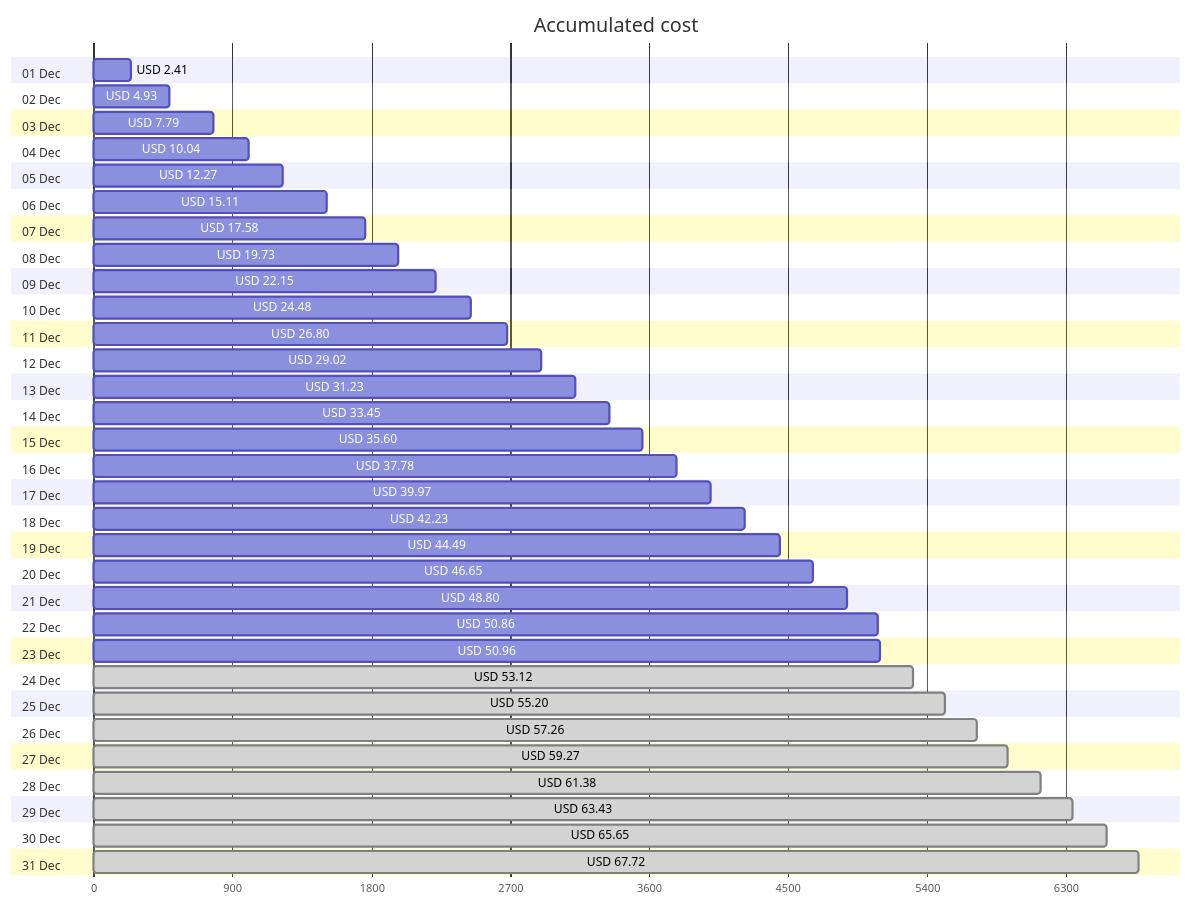
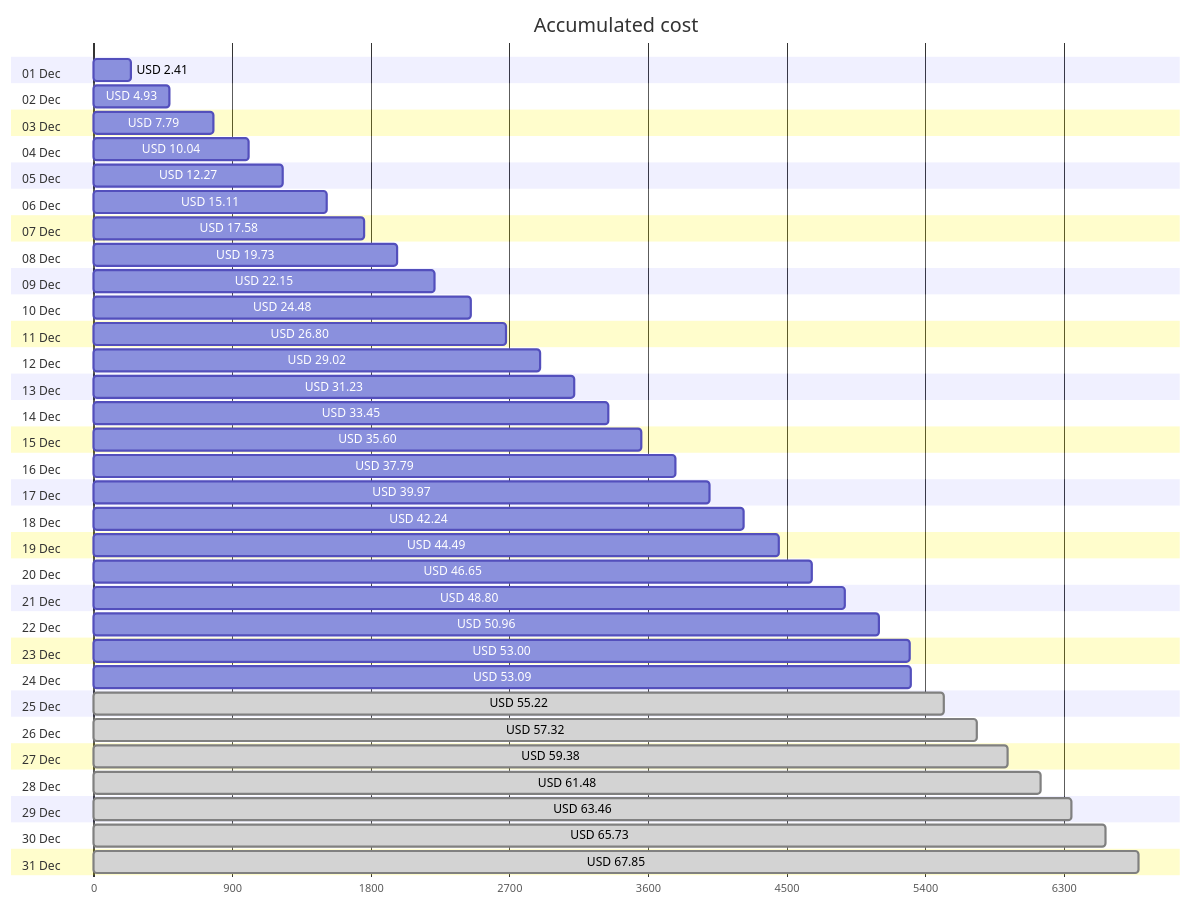
One commit to jpfulton/azure-personal-reports changed the first of 4 diagrams in cost-reports/accumulated-cost.md. Above: the diagram before and after it, drawn with Mermaid. The commit also changed other lines of this file and 4 other files, not shown here.

````diff
--- a/cost-reports/accumulated-cost.md
+++ b/cost-reports/accumulated-cost.md
@@ -20,68 +20,68 @@
 ```mermaid
 gantt
    title Accumulated cost
    dateFormat  X
    axisFormat %s
    section 01 Dec
    USD 2.41 :0, 241
    section 02 Dec
    USD 4.93 :0, 493
    section 03 Dec
    USD 7.79 :0, 779
    section 04 Dec
    USD 10.04 :0, 1004
    section 05 Dec
    USD 12.27 :0, 1227
    section 06 Dec
    USD 15.11 :0, 1511
    section 07 Dec
    USD 17.58 :0, 1758
    section 08 Dec
    USD 19.73 :0, 1973
    section 09 Dec
    USD 22.15 :0, 2215
    section 10 Dec
    USD 24.48 :0, 2448
    section 11 Dec
    USD 26.80 :0, 2680
    section 12 Dec
    USD 29.02 :0, 2902
    section 13 Dec
    USD 31.23 :0, 3123
    section 14 Dec
    USD 33.45 :0, 3345
    section 15 Dec
    USD 35.60 :0, 3560
    section 16 Dec
-   USD 37.78 :0, 3778
+   USD 37.79 :0, 3779
    section 17 Dec
    USD 39.97 :0, 3997
    section 18 Dec
-   USD 42.23 :0, 4223
+   USD 42.24 :0, 4224
    section 19 Dec
    USD 44.49 :0, 4449
    section 20 Dec
    USD 46.65 :0, 4665
    section 21 Dec
    USD 48.80 :0, 4880
    section 22 Dec
-   USD 50.86 :0, 5086
+   USD 50.96 :0, 5096
    section 23 Dec
-   USD 50.96 :0, 5096
+   USD 53.00 :0, 5300
    section 24 Dec
-   USD 53.12 : done, 0, 5312
+   USD 53.09 :0, 5309
    section 25 Dec
-   USD 55.20 : done, 0, 5520
+   USD 55.22 : done, 0, 5522
    section 26 Dec
-   USD 57.26 : done, 0, 5726
+   USD 57.32 : done, 0, 5732
    section 27 Dec
-   USD 59.27 : done, 0, 5927
+   USD 59.38 : done, 0, 5938
    section 28 Dec
-   USD 61.38 : done, 0, 6138
+   USD 61.48 : done, 0, 6148
    section 29 Dec
-   USD 63.43 : done, 0, 6343
+   USD 63.46 : done, 0, 6346
    section 30 Dec
-   USD 65.65 : done, 0, 6565
+   USD 65.73 : done, 0, 6573
    section 31 Dec
-   USD 67.72 : done, 0, 6772
+   USD 67.85 : done, 0, 6785
 ```
````
